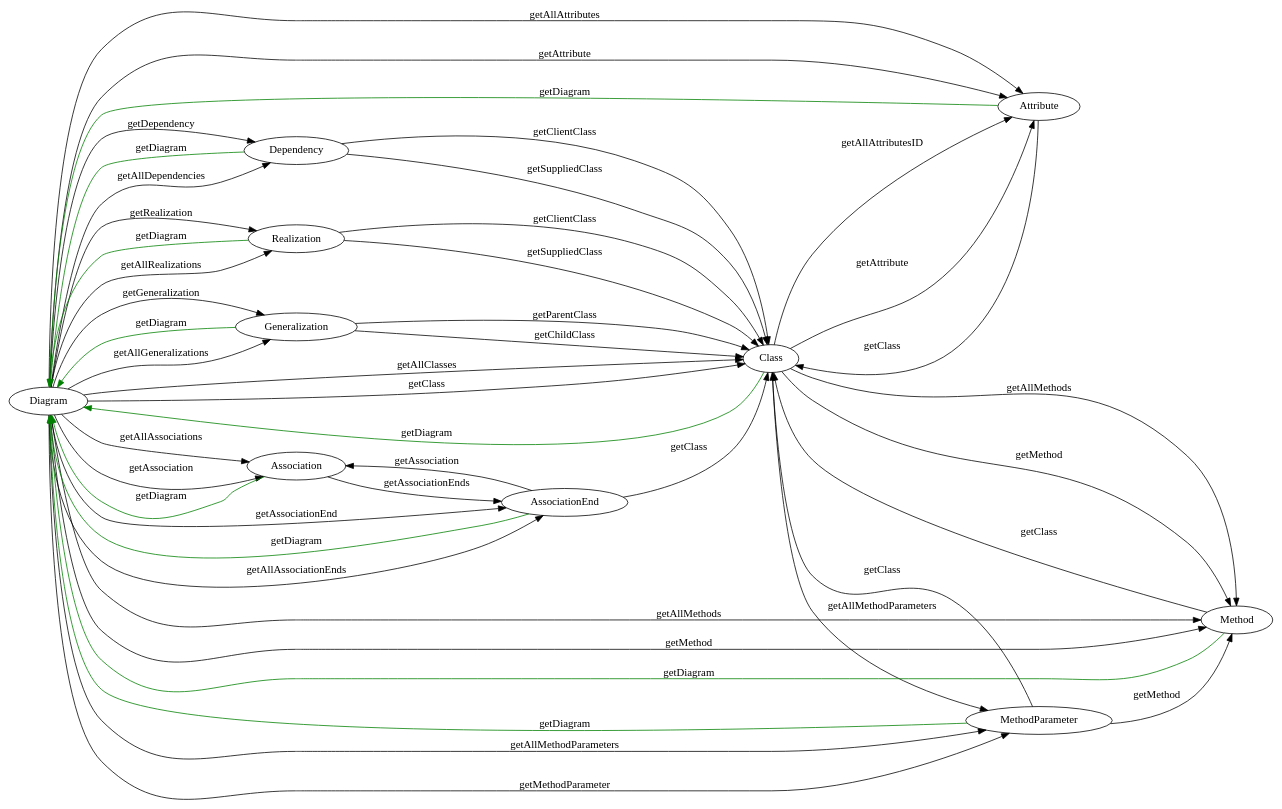
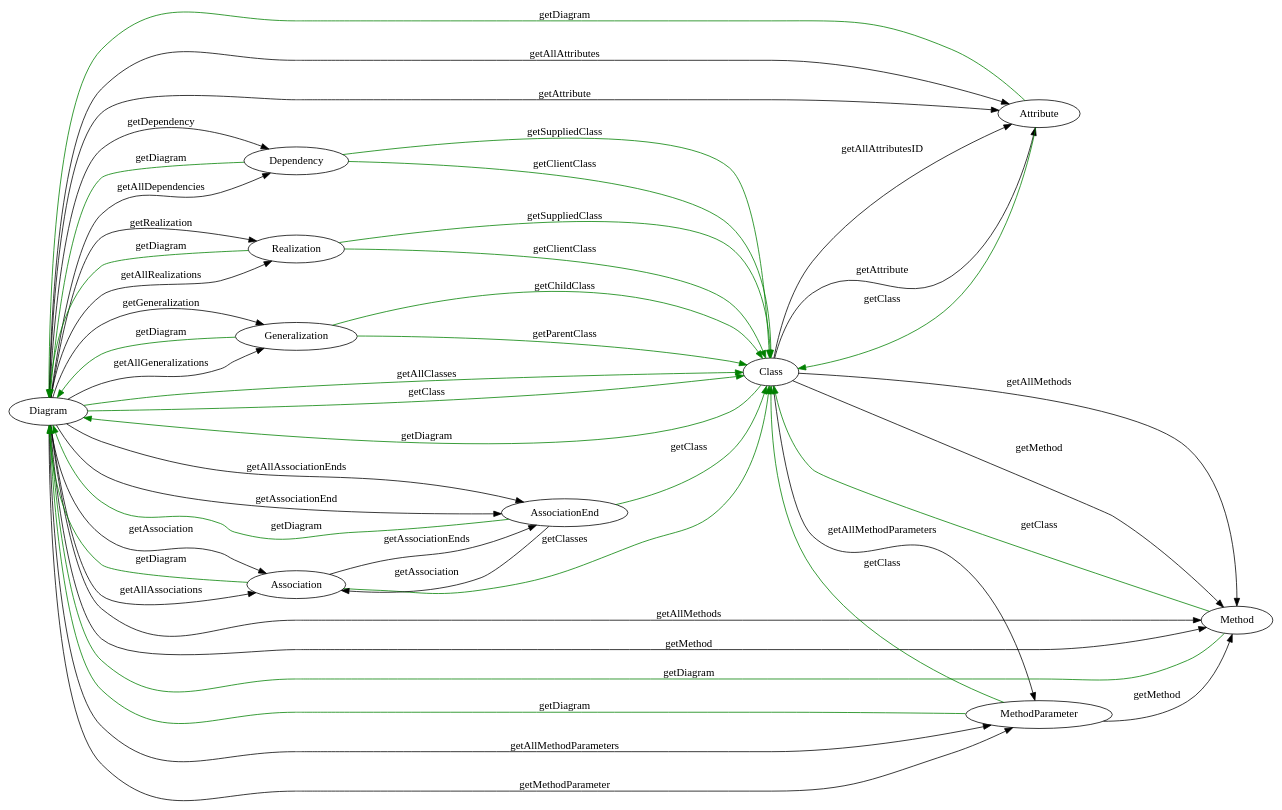
One commit to sbucaille/restlindholmen changed the diagram in pathModelisation.dot. Above: the diagram before and after it, drawn with Graphviz. The commit also changed 6 other files, not shown here.

```diff
--- a/pathModelisation.dot
+++ b/pathModelisation.dot
@@ -1,70 +1,74 @@
 digraph Automaton {
 rankdir = LR
 0 [label = "Diagram"];
 1 [label = "Class"];
 2 [label = "Attribute"];
 3 [label = "Method"];
 4 [label = "MethodParameter"];
 5 [label = "Association"];
 6 [label = "AssociationEnd"];
 7 [label = "Dependency"];
 8 [label = "Realization"];
 9 [label = "Generalization"];
 
 1 -> 0 [label = "getDiagram" color="green"]
 2 -> 0 [label = "getDiagram" color="green"]
 3 -> 0 [label = "getDiagram" color="green"]
 4 -> 0 [label = "getDiagram" color="green"]
 5 -> 0 [label = "getDiagram" color="green"]
 6 -> 0 [label = "getDiagram" color="green"]
 7 -> 0 [label = "getDiagram" color="green"]
 8 -> 0 [label = "getDiagram" color="green"]
 9 -> 0 [label = "getDiagram" color="green"]
 
 
-0 -> 1 [label = "getAllClasses"]
-0 -> 1 [label = "getClass"]
+0 -> 1 [label = "getAllClasses" color="green"]
+0 -> 1 [label = "getClass" color="green"]
+2 -> 1 [label = "getClass" color="green"]
+3 -> 1 [label = "getClass" color="green"]
+4 -> 1 [label = "getClass" color="green"]
+5 -> 1 [label = "getClasses" color="green"] //Get the two classes associated
+6 -> 1 [label = "getClass" color="green"]
+7 -> 1 [label = "getSuppliedClass" color="green"]
+7 -> 1 [label = "getClientClass" color="green"]
+8 -> 1 [label = "getSuppliedClass" color="green"]
+8 -> 1 [label = "getClientClass" color="green"]
+9 -> 1 [label = "getChildClass" color="green"]
+9 -> 1 [label = "getParentClass" color="green"]
+
 0 -> 2 [label = "getAllAttributes"]
 0 -> 2 [label = "getAttribute"]
 0 -> 3 [label = "getAllMethods"]
 0 -> 3 [label = "getMethod"]
 0 -> 4 [label = "getAllMethodParameters"]
 0 -> 4 [label = "getMethodParameter"]
 0 -> 5 [label = "getAllAssociations"]
 0 -> 5 [label = "getAssociation"]
 0 -> 6 [label = "getAllAssociationEnds"]
 0 -> 6 [label = "getAssociationEnd"]
 0 -> 7 [label = "getAllDependencies"]
 0 -> 7 [label = "getDependency"]
 0 -> 8 [label = "getAllRealizations"]
 0 -> 8 [label = "getRealization"]
 0 -> 9 [label = "getAllGeneralizations"]
 0 -> 9 [label = "getGeneralization"]
 
 1 -> 2 [label = "getAllAttributesID"]
 1 -> 2 [label = "getAttribute"]
 1 -> 3 [label = "getAllMethods"]
 1 -> 3 [label = "getMethod"]
 1 -> 4 [label = "getAllMethodParameters"]
 
-2 -> 1 [label = "getClass"]
 
-3 -> 1 [label = "getClass"]
 
-4 -> 1 [label = "getClass"]
+
 4 -> 3 [label = "getMethod"]
 
 5 -> 6 [label = "getAssociationEnds"]
 
 6 -> 5 [label = "getAssociation"]
-6 -> 1 [label = "getClass"]
 
-7 -> 1 [label = "getSuppliedClass"]
-7 -> 1 [label = "getClientClass"]
 
-8 -> 1 [label = "getSuppliedClass"]
-8 -> 1 [label = "getClientClass"]
 
-9 -> 1 [label = "getChildClass"]
-9 -> 1 [label = "getParentClass"]
+
 }
```
